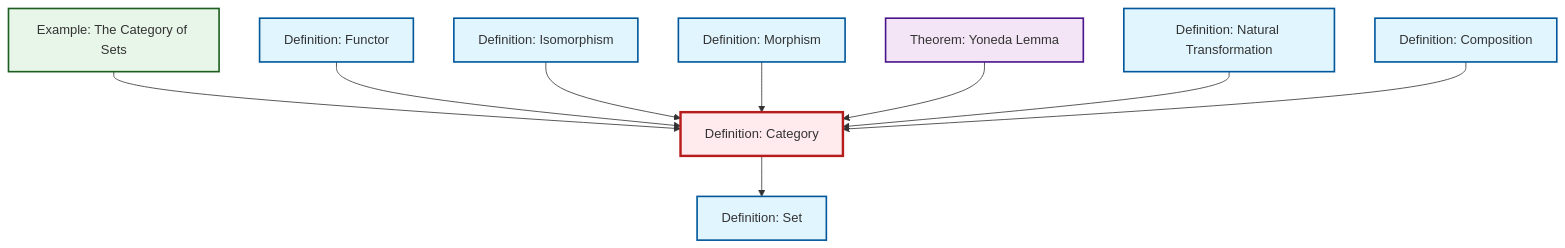
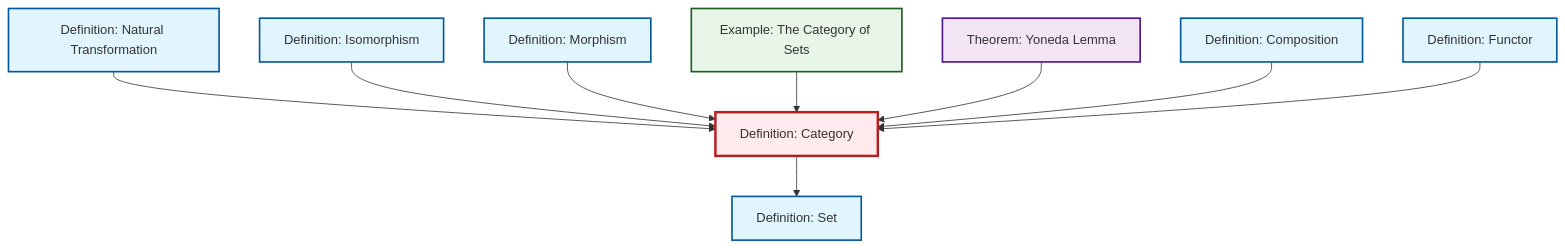
The diagram in content/ja/category-theory/def-category.qmd (RK0429/ModernMath), drawn with Mermaid before and after one commit. The commit also changed other lines of this file and 530 other files, not shown here.

````diff
--- a/content/ja/category-theory/def-category.qmd
+++ b/content/ja/category-theory/def-category.qmd
@@ -47,35 +47,35 @@
 ```{mermaid}
 %%| fig-cap: "Local dependency graph"
 graph TD
     classDef definition fill:#e1f5fe,stroke:#01579b,stroke-width:2px
     classDef theorem fill:#f3e5f5,stroke:#4a148c,stroke-width:2px
     classDef axiom fill:#fff3e0,stroke:#e65100,stroke-width:2px
     classDef example fill:#e8f5e9,stroke:#1b5e20,stroke-width:2px
     classDef current fill:#ffebee,stroke:#b71c1c,stroke-width:3px
+    def-composition["Definition: Composition"]:::definition
+    def-isomorphism["Definition: Isomorphism"]:::definition
+    thm-yoneda["Theorem: Yoneda Lemma"]:::theorem
+    def-category["Definition: Category"]:::definition
     def-set["Definition: Set"]:::definition
-    def-category["Definition: Category"]:::definition
-    thm-yoneda["Theorem: Yoneda Lemma"]:::theorem
-    def-natural-transformation["Definition: Natural Transformation"]:::definition
+    ex-set-category["Example: The Category of Sets"]:::example
     def-functor["Definition: Functor"]:::definition
     def-morphism["Definition: Morphism"]:::definition
-    def-composition["Definition: Composition"]:::definition
-    ex-set-category["Example: The Category of Sets"]:::example
-    def-isomorphism["Definition: Isomorphism"]:::definition
-    ex-set-category --> def-category
-    def-functor --> def-category
+    def-natural-transformation["Definition: Natural Transformation"]:::definition
+    def-natural-transformation --> def-category
+    def-category --> def-set
     def-isomorphism --> def-category
     def-morphism --> def-category
+    ex-set-category --> def-category
     thm-yoneda --> def-category
-    def-natural-transformation --> def-category
-    def-category --> def-set
     def-composition --> def-category
+    def-functor --> def-category
     class def-category current
+    click def-composition "def-composition.html" "Definition: Compositionへ"
+    click def-isomorphism "def-isomorphism.html" "Definition: Isomorphismへ"
+    click thm-yoneda "thm-yoneda.html" "Theorem: Yoneda Lemmaへ"
     click def-set "def-set.html" "Definition: Setへ"
-    click thm-yoneda "thm-yoneda.html" "Theorem: Yoneda Lemmaへ"
-    click def-natural-transformation "def-natural-transformation.html" "Definition: Natural Transformationへ"
+    click ex-set-category "ex-set-category.html" "Example: The Category of Setsへ"
     click def-functor "def-functor.html" "Definition: Functorへ"
     click def-morphism "def-morphism.html" "Definition: Morphismへ"
-    click def-composition "def-composition.html" "Definition: Compositionへ"
-    click ex-set-category "ex-set-category.html" "Example: The Category of Setsへ"
-    click def-isomorphism "def-isomorphism.html" "Definition: Isomorphismへ"
+    click def-natural-transformation "def-natural-transformation.html" "Definition: Natural Transformationへ"
 ```
````
